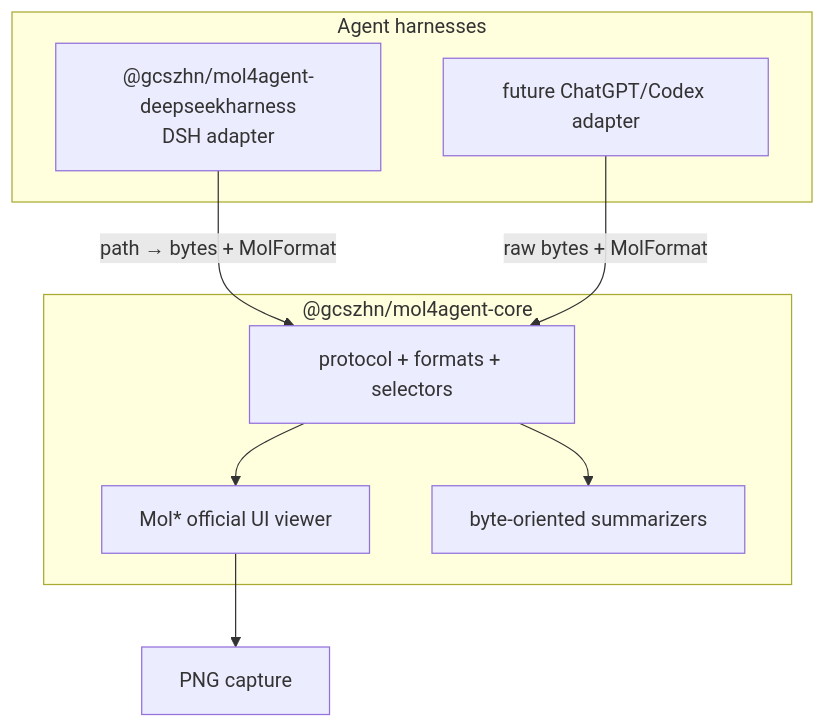
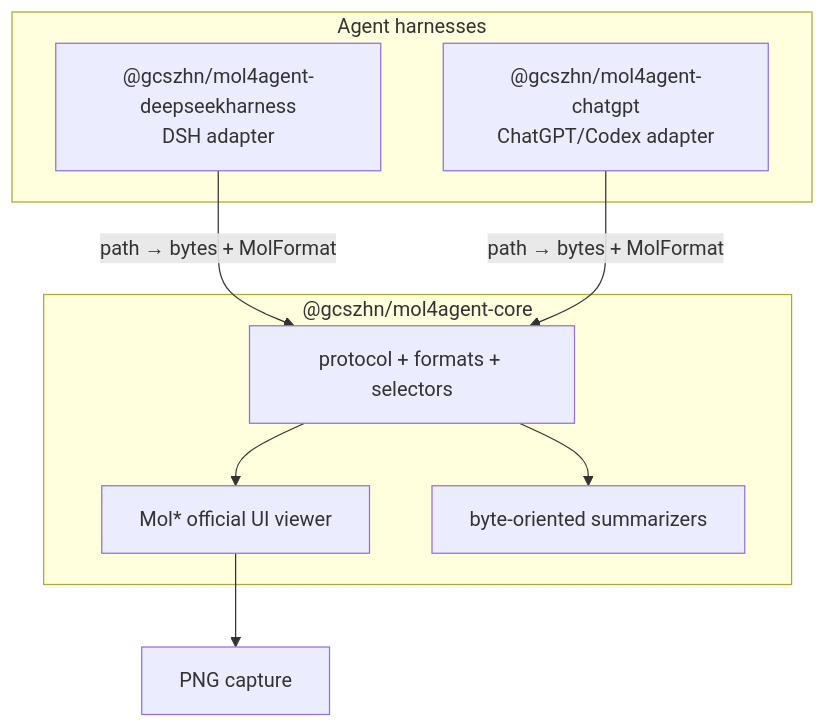
The diagram in README.md (GCS-ZHN/mol4agent), drawn with Mermaid before and after one commit. The commit also changed other lines of this file and 21 other files, not shown here.

````diff
--- a/README.md
+++ b/README.md
@@ -21,19 +21,19 @@
 ```mermaid
 flowchart TB
   subgraph Harnesses["Agent harnesses"]
     DSH["@gcszhn/mol4agent-deepseekharness<br/>DSH adapter"]
-    OA["future ChatGPT/Codex adapter"]
+    OA["@gcszhn/mol4agent-chatgpt<br/>ChatGPT/Codex adapter"]
   end
 
   subgraph Core["@gcszhn/mol4agent-core"]
     Proto["protocol + formats + selectors"]
     Viewer["Mol* official UI viewer"]
     Parse["byte-oriented summarizers"]
   end
 
   DSH -->|"path → bytes + MolFormat"| Proto
-  OA -->|"raw bytes + MolFormat"| Proto
+  OA -->|"path → bytes + MolFormat"| Proto
   Proto --> Viewer
   Proto --> Parse
   Viewer --> Capture["PNG capture"]
 ```
````
